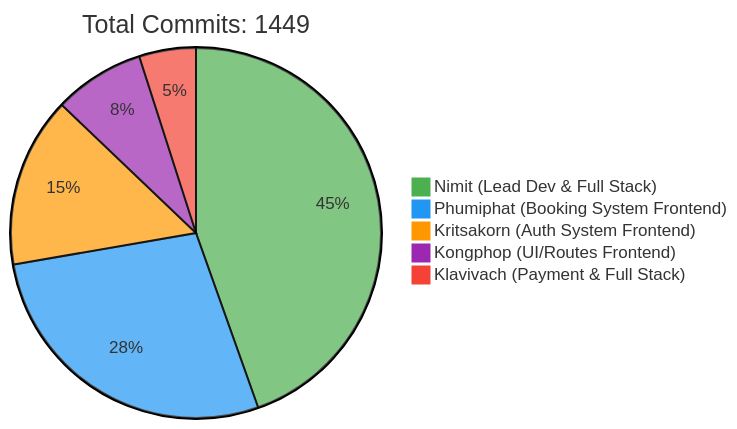
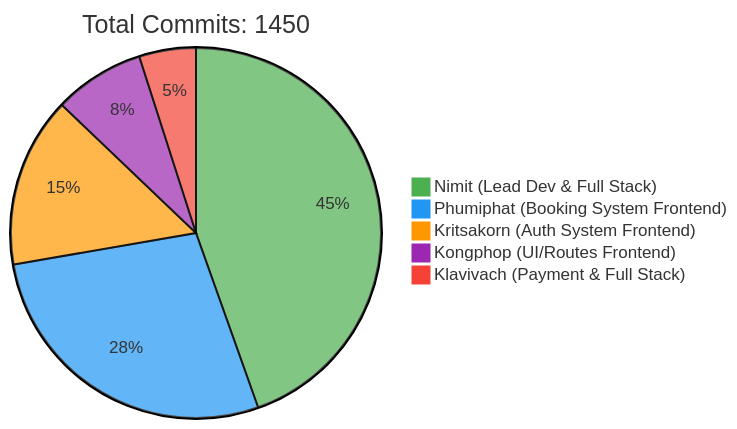
Before and after one commit to 6531503042/Sport-Complex: the first of 2 diagrams in README.md, drawn with Mermaid. The commit also changed other lines of this file, not shown here.

Commit message:
docs: Update contributor statistics [skip ci]

````diff
--- a/README.md
+++ b/README.md
@@ -257,10 +257,10 @@
 ```mermaid
 %%{init: {'theme': 'base', 'themeVariables': { 'pie1': '#4CAF50', 'pie2': '#2196F3', 'pie3': '#FF9800', 'pie4': '#9C27B0', 'pie5': '#F44336'}}}%%
 pie
-    title Total Commits: 1449
+    title Total Commits: 1450
     "Nimit (Lead Dev & Full Stack)" : 450
     "Phumiphat (Booking System Frontend)" : 280
     "Kritsakorn (Auth System Frontend)" : 150
     "Kongphop (UI/Routes Frontend)" : 80
     "Klavivach (Payment & Full Stack)" : 50
 ```
````
